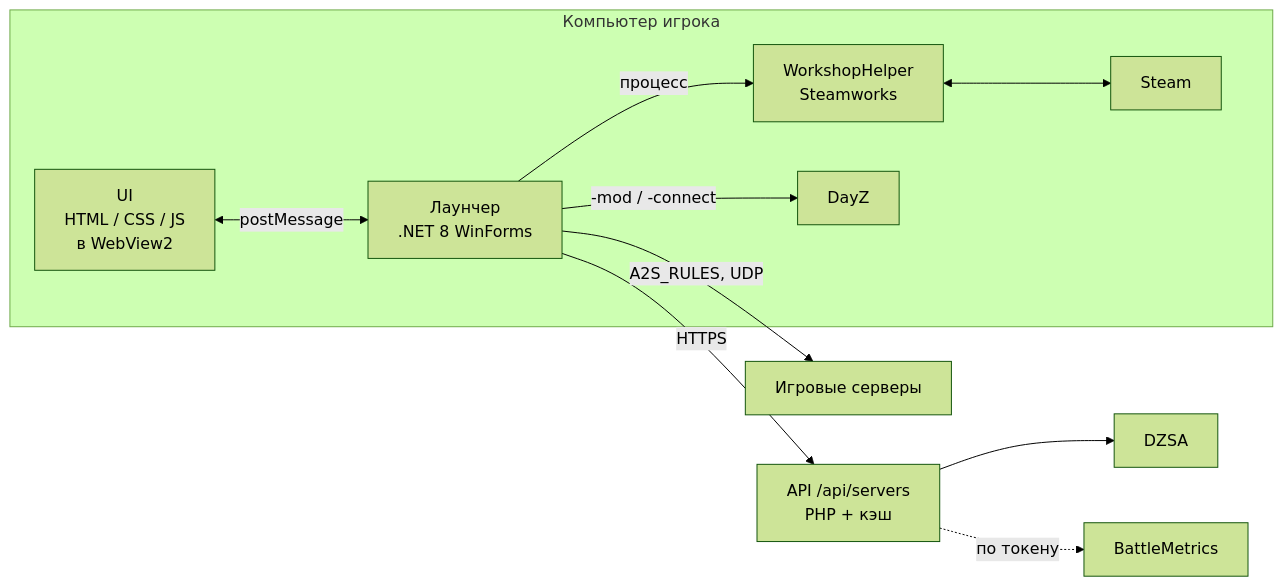
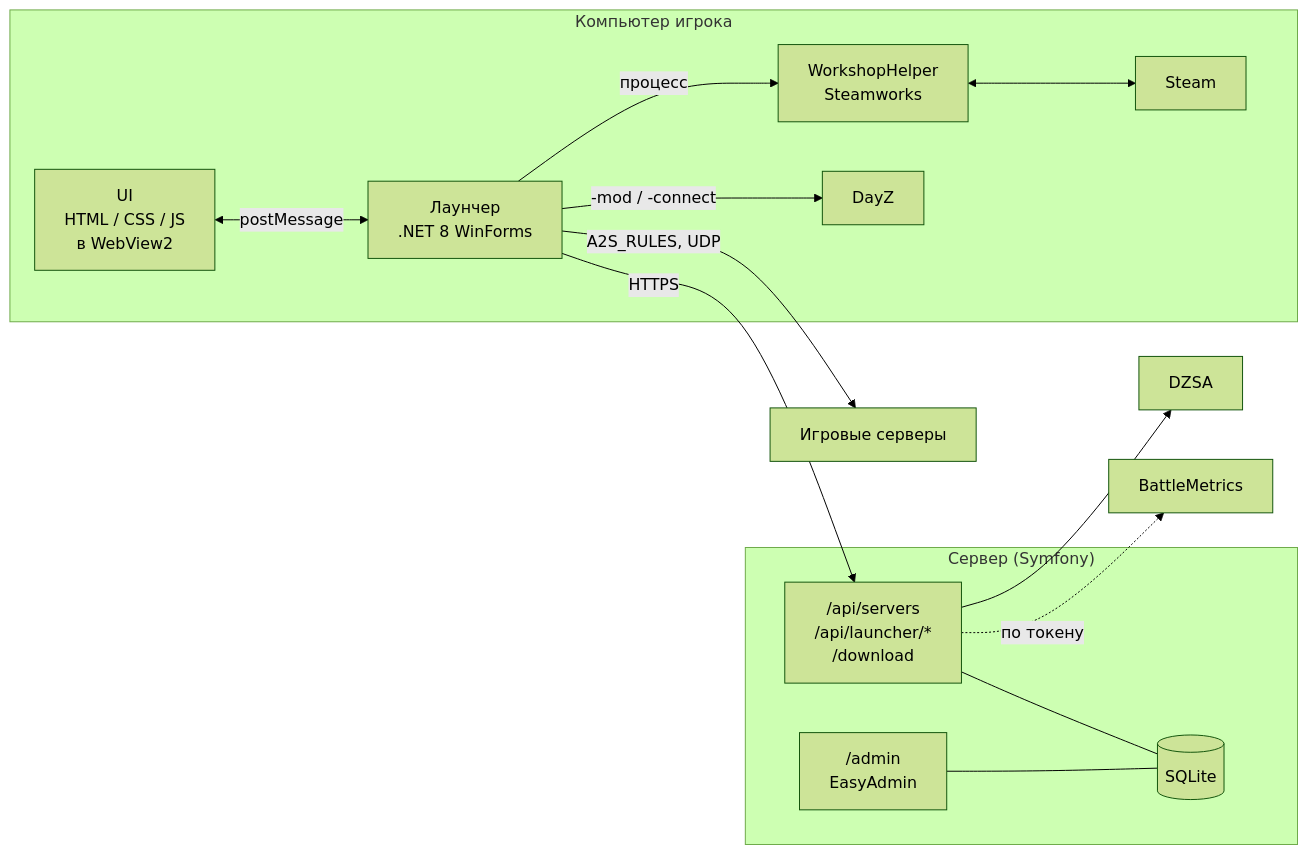
One commit to coderpool-dev/dayz_launcher changed the diagram in README.md. Above: the diagram before and after it, drawn with Mermaid (forest theme). The commit also changed other lines of this file and 109 other files, not shown here.

````diff
--- a/README.md
+++ b/README.md
@@ -46,13 +54,20 @@
 ```mermaid
 flowchart LR
     subgraph PC["Компьютер игрока"]
         UI["UI<br/>HTML / CSS / JS<br/>в WebView2"] <-->|postMessage| App["Лаунчер<br/>.NET 8 WinForms"]
         App -->|процесс| Helper["WorkshopHelper<br/>Steamworks"]
         Helper <--> Steam["Steam"]
         App -->|"-mod / -connect"| DayZ["DayZ"]
     end
-    App -->|HTTPS| API["API /api/servers<br/>PHP + кэш"]
+    subgraph Srv["Сервер (Symfony)"]
+        API["/api/servers<br/>/api/launcher/*<br/>/download"]
+        Admin["/admin<br/>EasyAdmin"]
+        DB[("SQLite")]
+        API --- DB
+        Admin --- DB
+    end
+    App -->|HTTPS| API
     API --> DZSA["DZSA"]
     API -.->|по токену| BM["BattleMetrics"]
     App -->|A2S_RULES, UDP| GS["Игровые серверы"]
 ```
````
